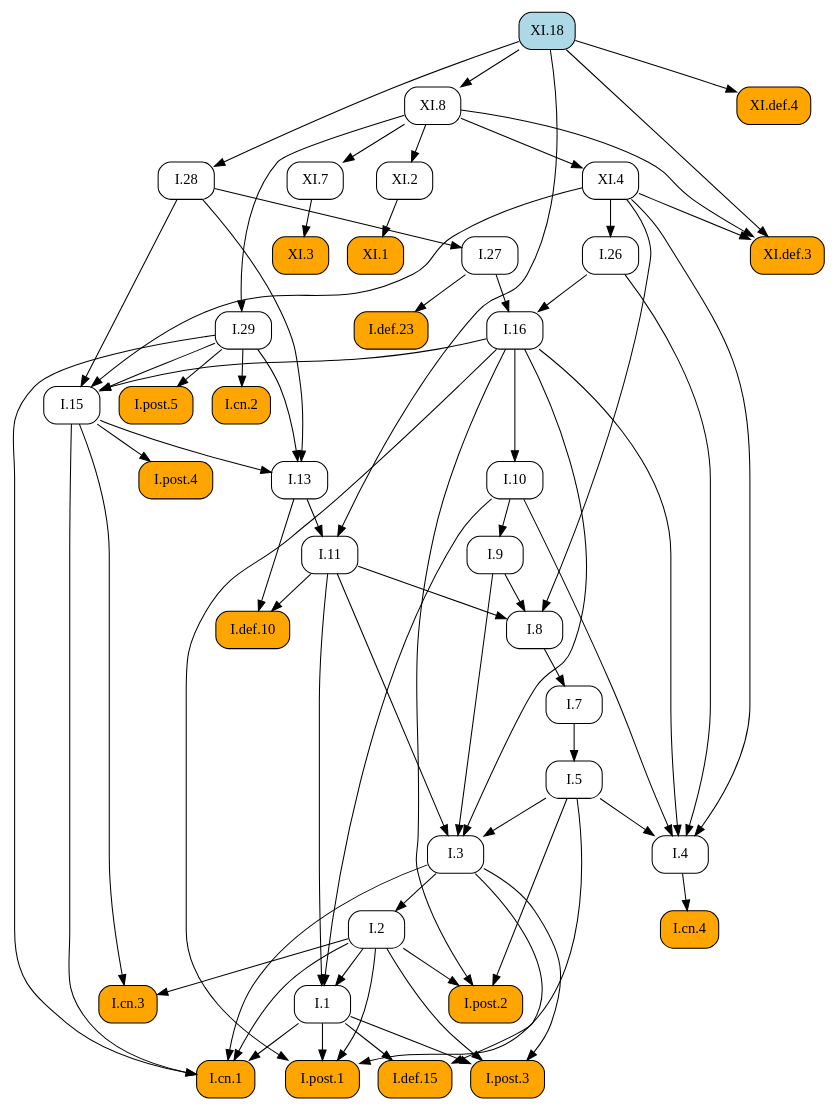
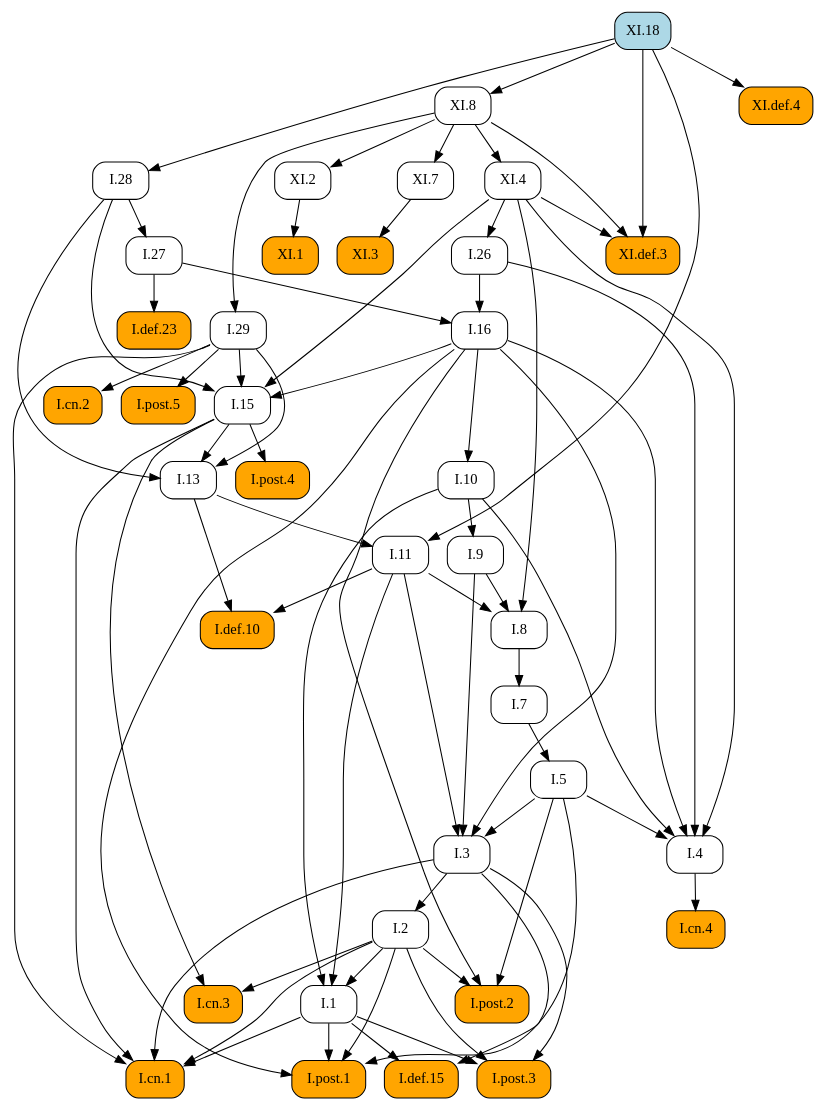
One commit to geometor/elements changed the diagram in docsrc/heath/XI/18/index.rst. Above: the diagram before and after it, drawn with Graphviz. The commit also changed other lines of this file and 484 other files, not shown here.

```diff
--- a/docsrc/heath/XI/18/index.rst
+++ b/docsrc/heath/XI/18/index.rst
@@ -43,113 +43,113 @@
    digraph {
      rankdir="TB";
      node [shape=box, style=rounded];
+     "I.9" [URL="/heath/I/9/", target="_top"];
+     "XI.4" [URL="/heath/XI/4/", target="_top"];
+     "I.def.15" [style="rounded,filled", fillcolor=orange, URL="/heath/I/def.15/", target="_top"];
+     "XI.8" [URL="/heath/XI/8/", target="_top"];
+     "I.post.3" [style="rounded,filled", fillcolor=orange, URL="/heath/I/post.3/", target="_top"];
+     "I.post.1" [style="rounded,filled", fillcolor=orange, URL="/heath/I/post.1/", target="_top"];
+     "XI.3" [style="rounded,filled", fillcolor=orange, URL="/heath/XI/3/", target="_top"];
      "I.def.10" [style="rounded,filled", fillcolor=orange, URL="/heath/I/def.10/", target="_top"];
+     "XI.def.3" [style="rounded,filled", fillcolor=orange, URL="/heath/XI/def.3/", target="_top"];
+     "I.27" [URL="/heath/I/27/", target="_top"];
+     "XI.2" [URL="/heath/XI/2/", target="_top"];
+     "XI.7" [URL="/heath/XI/7/", target="_top"];
+     "I.3" [URL="/heath/I/3/", target="_top"];
+     "I.cn.1" [style="rounded,filled", fillcolor=orange, URL="/heath/I/cn.1/", target="_top"];
+     "XI.18" [style="rounded,filled", fillcolor=lightblue, URL="/heath/XI/18/", target="_top"];
+     "I.7" [URL="/heath/I/7/", target="_top"];
+     "I.2" [URL="/heath/I/2/", target="_top"];
+     "XI.def.4" [style="rounded,filled", fillcolor=orange, URL="/heath/XI/def.4/", target="_top"];
+     "I.13" [URL="/heath/I/13/", target="_top"];
+     "I.post.4" [style="rounded,filled", fillcolor=orange, URL="/heath/I/post.4/", target="_top"];
+     "I.4" [URL="/heath/I/4/", target="_top"];
+     "I.1" [URL="/heath/I/1/", target="_top"];
+     "I.5" [URL="/heath/I/5/", target="_top"];
+     "I.8" [URL="/heath/I/8/", target="_top"];
+     "I.29" [URL="/heath/I/29/", target="_top"];
+     "I.cn.3" [style="rounded,filled", fillcolor=orange, URL="/heath/I/cn.3/", target="_top"];
+     "I.16" [URL="/heath/I/16/", target="_top"];
+     "I.15" [URL="/heath/I/15/", target="_top"];
+     "I.10" [URL="/heath/I/10/", target="_top"];
      "I.11" [URL="/heath/I/11/", target="_top"];
-     "XI.def.3" [style="rounded,filled", fillcolor=orange, URL="/heath/XI/def.3/", target="_top"];
+     "I.def.23" [style="rounded,filled", fillcolor=orange, URL="/heath/I/def.23/", target="_top"];
+     "I.cn.2" [style="rounded,filled", fillcolor=orange, URL="/heath/I/cn.2/", target="_top"];
+     "I.post.5" [style="rounded,filled", fillcolor=orange, URL="/heath/I/post.5/", target="_top"];
      "I.28" [URL="/heath/I/28/", target="_top"];
-     "I.1" [URL="/heath/I/1/", target="_top"];
-     "I.post.4" [style="rounded,filled", fillcolor=orange, URL="/heath/I/post.4/", target="_top"];
+     "XI.1" [style="rounded,filled", fillcolor=orange, URL="/heath/XI/1/", target="_top"];
+     "I.cn.4" [style="rounded,filled", fillcolor=orange, URL="/heath/I/cn.4/", target="_top"];
+     "I.post.2" [style="rounded,filled", fillcolor=orange, URL="/heath/I/post.2/", target="_top"];
      "I.26" [URL="/heath/I/26/", target="_top"];
-     "XI.7" [URL="/heath/XI/7/", target="_top"];
-     "I.29" [URL="/heath/I/29/", target="_top"];
-     "I.cn.2" [style="rounded,filled", fillcolor=orange, URL="/heath/I/cn.2/", target="_top"];
-     "XI.8" [URL="/heath/XI/8/", target="_top"];
-     "I.def.15" [style="rounded,filled", fillcolor=orange, URL="/heath/I/def.15/", target="_top"];
-     "I.post.3" [style="rounded,filled", fillcolor=orange, URL="/heath/I/post.3/", target="_top"];
-     "XI.1" [style="rounded,filled", fillcolor=orange, URL="/heath/XI/1/", target="_top"];
-     "I.cn.1" [style="rounded,filled", fillcolor=orange, URL="/heath/I/cn.1/", target="_top"];
-     "I.cn.3" [style="rounded,filled", fillcolor=orange, URL="/heath/I/cn.3/", target="_top"];
-     "XI.2" [URL="/heath/XI/2/", target="_top"];
-     "I.post.1" [style="rounded,filled", fillcolor=orange, URL="/heath/I/post.1/", target="_top"];
-     "I.27" [URL="/heath/I/27/", target="_top"];
-     "I.7" [URL="/heath/I/7/", target="_top"];
-     "I.3" [URL="/heath/I/3/", target="_top"];
-     "I.2" [URL="/heath/I/2/", target="_top"];
-     "I.def.23" [style="rounded,filled", fillcolor=orange, URL="/heath/I/def.23/", target="_top"];
-     "I.4" [URL="/heath/I/4/", target="_top"];
-     "I.13" [URL="/heath/I/13/", target="_top"];
-     "XI.def.4" [style="rounded,filled", fillcolor=orange, URL="/heath/XI/def.4/", target="_top"];
-     "I.post.2" [style="rounded,filled", fillcolor=orange, URL="/heath/I/post.2/", target="_top"];
-     "I.16" [URL="/heath/I/16/", target="_top"];
-     "I.9" [URL="/heath/I/9/", target="_top"];
-     "XI.18" [style="rounded,filled", fillcolor=lightblue, URL="/heath/XI/18/", target="_top"];
-     "I.8" [URL="/heath/I/8/", target="_top"];
-     "I.cn.4" [style="rounded,filled", fillcolor=orange, URL="/heath/I/cn.4/", target="_top"];
-     "I.15" [URL="/heath/I/15/", target="_top"];
-     "XI.4" [URL="/heath/XI/4/", target="_top"];
-     "I.post.5" [style="rounded,filled", fillcolor=orange, URL="/heath/I/post.5/", target="_top"];
-     "I.10" [URL="/heath/I/10/", target="_top"];
-     "I.5" [URL="/heath/I/5/", target="_top"];
-     "XI.3" [style="rounded,filled", fillcolor=orange, URL="/heath/XI/3/", target="_top"];
+     "I.10" -> "I.9";
+     "XI.8" -> "XI.4";
+     "I.1" -> "I.def.15";
+     "I.3" -> "I.def.15";
+     "XI.18" -> "XI.8";
+     "I.1" -> "I.post.3";
+     "I.2" -> "I.post.3";
+     "I.3" -> "I.post.3";
+     "I.1" -> "I.post.1";
+     "I.2" -> "I.post.1";
+     "I.5" -> "I.post.1";
+     "I.16" -> "I.post.1";
+     "XI.7" -> "XI.3";
      "I.11" -> "I.def.10";
      "I.13" -> "I.def.10";
-     "I.13" -> "I.11";
-     "XI.18" -> "I.11";
      "XI.4" -> "XI.def.3";
      "XI.8" -> "XI.def.3";
      "XI.18" -> "XI.def.3";
-     "XI.18" -> "I.28";
-     "I.2" -> "I.1";
-     "I.10" -> "I.1";
-     "I.11" -> "I.1";
-     "I.15" -> "I.post.4";
-     "XI.4" -> "I.26";
+     "I.28" -> "I.27";
+     "XI.8" -> "XI.2";
      "XI.8" -> "XI.7";
-     "XI.8" -> "I.29";
-     "I.29" -> "I.cn.2";
-     "XI.18" -> "XI.8";
-     "I.1" -> "I.def.15";
-     "I.3" -> "I.def.15";
-     "I.1" -> "I.post.3";
-     "I.2" -> "I.post.3";
-     "I.3" -> "I.post.3";
-     "XI.2" -> "XI.1";
+     "I.5" -> "I.3";
+     "I.9" -> "I.3";
+     "I.11" -> "I.3";
+     "I.16" -> "I.3";
      "I.1" -> "I.cn.1";
      "I.2" -> "I.cn.1";
      "I.3" -> "I.cn.1";
      "I.15" -> "I.cn.1";
      "I.29" -> "I.cn.1";
-     "I.2" -> "I.cn.3";
-     "I.15" -> "I.cn.3";
-     "XI.8" -> "XI.2";
-     "I.1" -> "I.post.1";
-     "I.2" -> "I.post.1";
-     "I.5" -> "I.post.1";
-     "I.16" -> "I.post.1";
-     "I.28" -> "I.27";
      "I.8" -> "I.7";
-     "I.5" -> "I.3";
-     "I.9" -> "I.3";
-     "I.11" -> "I.3";
-     "I.16" -> "I.3";
      "I.3" -> "I.2";
-     "I.27" -> "I.def.23";
+     "XI.18" -> "XI.def.4";
+     "I.15" -> "I.13";
+     "I.28" -> "I.13";
+     "I.29" -> "I.13";
+     "I.15" -> "I.post.4";
      "I.5" -> "I.4";
      "I.10" -> "I.4";
      "I.16" -> "I.4";
      "I.26" -> "I.4";
      "XI.4" -> "I.4";
-     "I.15" -> "I.13";
-     "I.28" -> "I.13";
-     "I.29" -> "I.13";
-     "XI.18" -> "XI.def.4";
-     "I.2" -> "I.post.2";
-     "I.5" -> "I.post.2";
-     "I.16" -> "I.post.2";
-     "I.26" -> "I.16";
-     "I.27" -> "I.16";
-     "I.10" -> "I.9";
+     "I.2" -> "I.1";
+     "I.10" -> "I.1";
+     "I.11" -> "I.1";
+     "I.7" -> "I.5";
      "I.9" -> "I.8";
      "I.11" -> "I.8";
      "XI.4" -> "I.8";
-     "I.4" -> "I.cn.4";
+     "XI.8" -> "I.29";
+     "I.2" -> "I.cn.3";
+     "I.15" -> "I.cn.3";
+     "I.26" -> "I.16";
+     "I.27" -> "I.16";
      "I.16" -> "I.15";
      "I.28" -> "I.15";
      "I.29" -> "I.15";
      "XI.4" -> "I.15";
-     "XI.8" -> "XI.4";
+     "I.16" -> "I.10";
+     "I.13" -> "I.11";
+     "XI.18" -> "I.11";
+     "I.27" -> "I.def.23";
+     "I.29" -> "I.cn.2";
      "I.29" -> "I.post.5";
-     "I.16" -> "I.10";
-     "I.7" -> "I.5";
-     "XI.7" -> "XI.3";
+     "XI.18" -> "I.28";
+     "XI.2" -> "XI.1";
+     "I.4" -> "I.cn.4";
+     "I.2" -> "I.post.2";
+     "I.5" -> "I.post.2";
+     "I.16" -> "I.post.2";
+     "XI.4" -> "I.26";
    }
```
